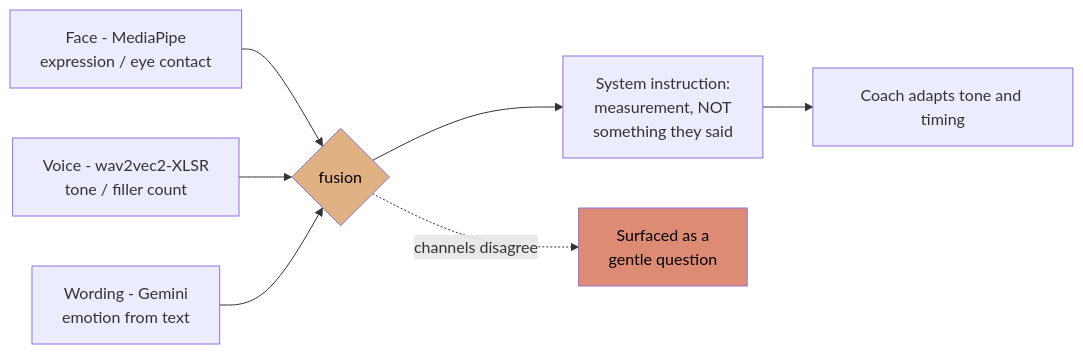
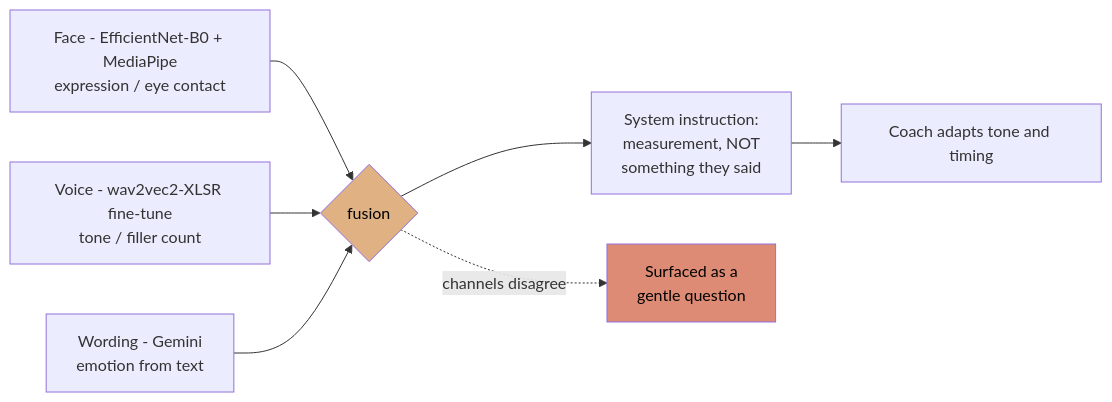
The third of 4 diagrams in README.md (Eya-Jmaa/Overtone), drawn with Mermaid before and after one commit. The commit also changed other lines of this file, not shown here.

````diff
--- a/README.md
+++ b/README.md
@@ -215,12 +371,12 @@
 ```mermaid
 graph LR
-    F[Face - MediaPipe<br/>expression / eye contact] --> FU{fusion}
-    V[Voice - wav2vec2-XLSR<br/>tone / filler count] --> FU
+    F[Face - EfficientNet-B0 + MediaPipe<br/>expression / eye contact] --> FU{fusion}
+    V[Voice - wav2vec2-XLSR fine-tune<br/>tone / filler count] --> FU
     W[Wording - Gemini<br/>emotion from text] --> FU
     FU --> P[System instruction:<br/>measurement, NOT<br/>something they said]
     P --> L[Coach adapts tone and timing]
     FU -.->|channels disagree| D[Surfaced as a<br/>gentle question]
 
     style FU fill:#e0b183,color:#000
     style D fill:#dd8b74,color:#000
 ```
````
